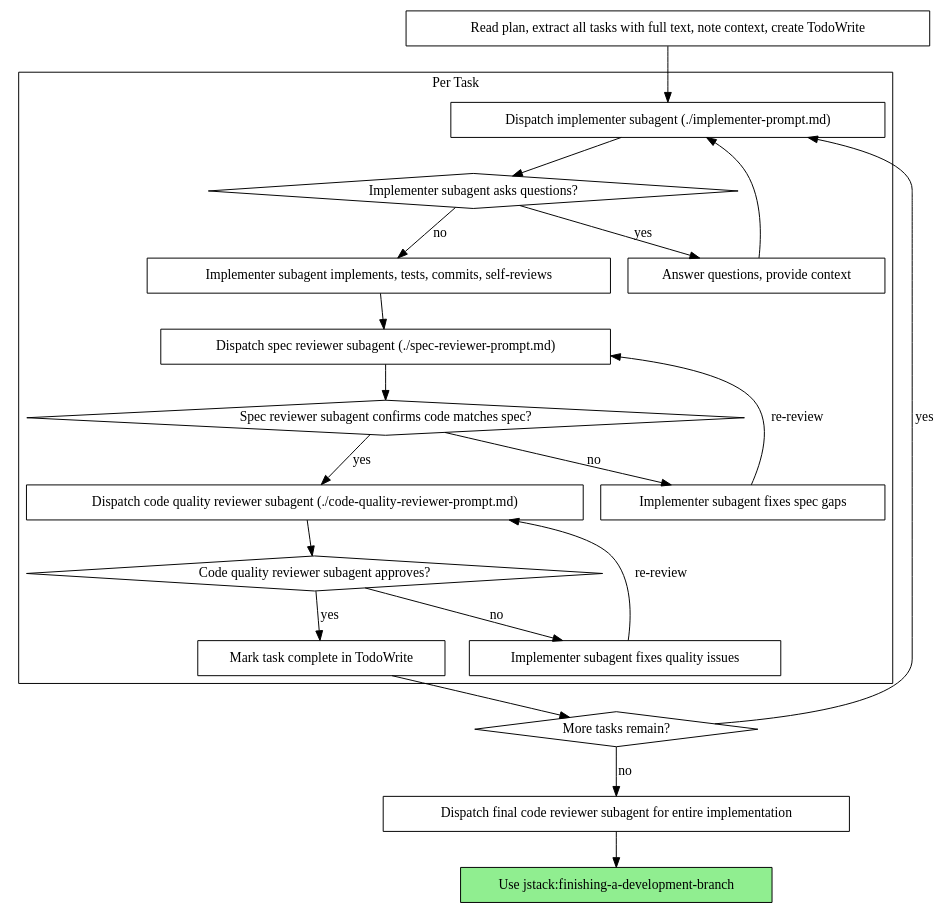
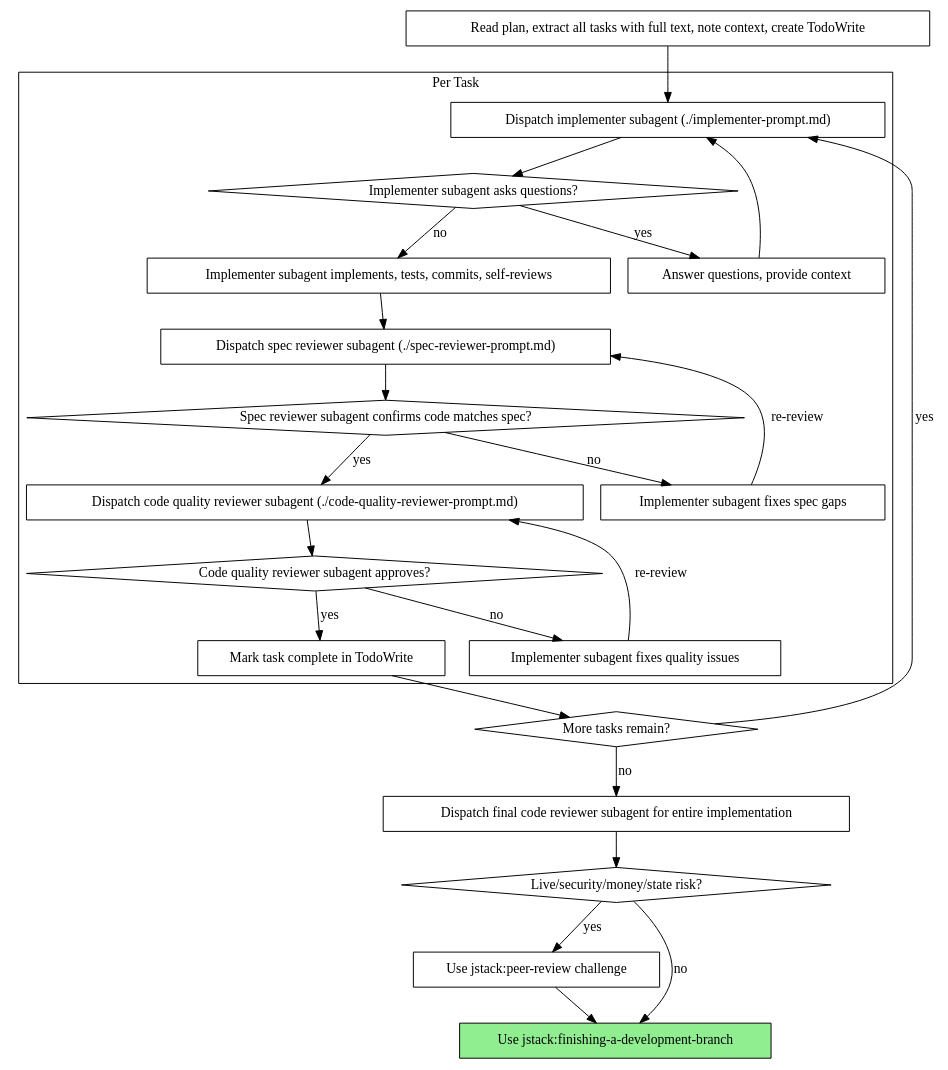
Before and after one commit to jungsooyun/jstack: the second of 2 diagrams in skills/subagent-driven-development/SKILL.md, drawn with Graphviz. The commit also changed other lines of this file and 4 other files, not shown here.

Commit message:
feat: route planning gates through peer review

````diff
--- a/skills/subagent-driven-development/SKILL.md
+++ b/skills/subagent-driven-development/SKILL.md
@@ -42,44 +42,49 @@
 ```dot
 digraph process {
     rankdir=TB;
 
     subgraph cluster_per_task {
         label="Per Task";
         "Dispatch implementer subagent (./implementer-prompt.md)" [shape=box];
         "Implementer subagent asks questions?" [shape=diamond];
         "Answer questions, provide context" [shape=box];
         "Implementer subagent implements, tests, commits, self-reviews" [shape=box];
         "Dispatch spec reviewer subagent (./spec-reviewer-prompt.md)" [shape=box];
         "Spec reviewer subagent confirms code matches spec?" [shape=diamond];
         "Implementer subagent fixes spec gaps" [shape=box];
         "Dispatch code quality reviewer subagent (./code-quality-reviewer-prompt.md)" [shape=box];
         "Code quality reviewer subagent approves?" [shape=diamond];
         "Implementer subagent fixes quality issues" [shape=box];
         "Mark task complete in TodoWrite" [shape=box];
     }
 
     "Read plan, extract all tasks with full text, note context, create TodoWrite" [shape=box];
     "More tasks remain?" [shape=diamond];
     "Dispatch final code reviewer subagent for entire implementation" [shape=box];
+    "Live/security/money/state risk?" [shape=diamond];
+    "Use jstack:peer-review challenge" [shape=box];
     "Use jstack:finishing-a-development-branch" [shape=box style=filled fillcolor=lightgreen];
 
     "Read plan, extract all tasks with full text, note context, create TodoWrite" -> "Dispatch implementer subagent (./implementer-prompt.md)";
     "Dispatch implementer subagent (./implementer-prompt.md)" -> "Implementer subagent asks questions?";
     "Implementer subagent asks questions?" -> "Answer questions, provide context" [label="yes"];
     "Answer questions, provide context" -> "Dispatch implementer subagent (./implementer-prompt.md)";
     "Implementer subagent asks questions?" -> "Implementer subagent implements, tests, commits, self-reviews" [label="no"];
     "Implementer subagent implements, tests, commits, self-reviews" -> "Dispatch spec reviewer subagent (./spec-reviewer-prompt.md)";
     "Dispatch spec reviewer subagent (./spec-reviewer-prompt.md)" -> "Spec reviewer subagent confirms code matches spec?";
     "Spec reviewer subagent confirms code matches spec?" -> "Implementer subagent fixes spec gaps" [label="no"];
     "Implementer subagent fixes spec gaps" -> "Dispatch spec reviewer subagent (./spec-reviewer-prompt.md)" [label="re-review"];
     "Spec reviewer subagent confirms code matches spec?" -> "Dispatch code quality reviewer subagent (./code-quality-reviewer-prompt.md)" [label="yes"];
     "Dispatch code quality reviewer subagent (./code-quality-reviewer-prompt.md)" -> "Code quality reviewer subagent approves?";
     "Code quality reviewer subagent approves?" -> "Implementer subagent fixes quality issues" [label="no"];
     "Implementer subagent fixes quality issues" -> "Dispatch code quality reviewer subagent (./code-quality-reviewer-prompt.md)" [label="re-review"];
     "Code quality reviewer subagent approves?" -> "Mark task complete in TodoWrite" [label="yes"];
     "Mark task complete in TodoWrite" -> "More tasks remain?";
     "More tasks remain?" -> "Dispatch implementer subagent (./implementer-prompt.md)" [label="yes"];
     "More tasks remain?" -> "Dispatch final code reviewer subagent for entire implementation" [label="no"];
-    "Dispatch final code reviewer subagent for entire implementation" -> "Use jstack:finishing-a-development-branch";
+    "Dispatch final code reviewer subagent for entire implementation" -> "Live/security/money/state risk?";
+    "Live/security/money/state risk?" -> "Use jstack:peer-review challenge" [label="yes"];
+    "Use jstack:peer-review challenge" -> "Use jstack:finishing-a-development-branch";
+    "Live/security/money/state risk?" -> "Use jstack:finishing-a-development-branch" [label="no"];
 }
 ```
````
